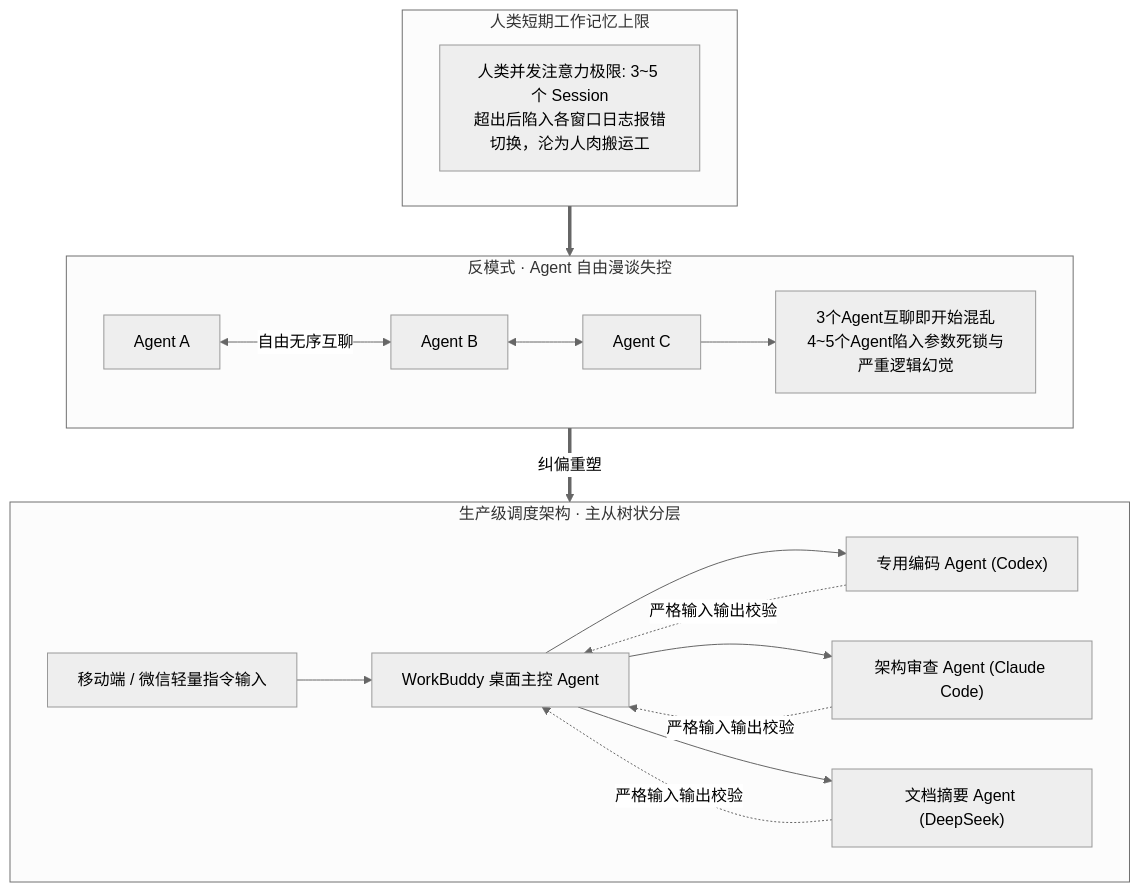
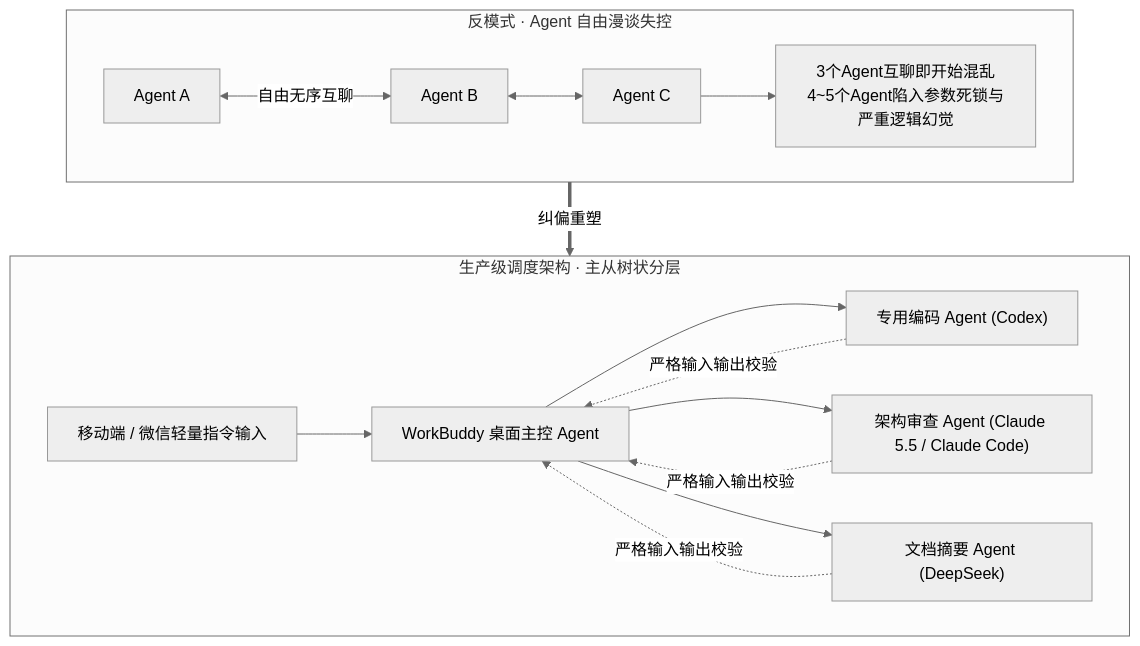
Before and after one commit to dollarser/knowledge: diagram 12 of 16 in content/live-20261102-01.md, drawn with Mermaid (neutral theme). The commit also changed other lines of this file and 1 other file, not shown here.

Commit message:
feat(qizhi): deep full-text distillation for 2026-11-02 session 92 (11.4h)

````diff
--- a/content/live-20261102-01.md
+++ b/content/live-20261102-01.md
@@ -233,23 +405,18 @@
 ```mermaid
 flowchart TD
-    subgraph Bottleneck["人类短期工作记忆上限"]
-        B["人类并发注意力极限: 3~5 个 Session<br/>超出后陷入各窗口日志报错切换，沦为人肉搬运工"]
-    end
-
     subgraph AntiPattern["反模式 · Agent 自由漫谈失控"]
         P1["Agent A"] <-->|自由无序互聊| P2["Agent B"]
         P2 <--> P3["Agent C"]
         P3 --> Collapse["3个Agent互聊即开始混乱<br/>4~5个Agent陷入参数死锁与严重逻辑幻觉"]
     end
 
     subgraph MasterWorker["生产级调度架构 · 主从树状分层"]
         UI["移动端 / 微信轻量指令输入"] --> Boss["WorkBuddy 桌面主控 Agent"]
         Boss --> Sub1["专用编码 Agent (Codex)"]
-        Boss --> Sub2["架构审查 Agent (Claude Code)"]
+        Boss --> Sub2["架构审查 Agent (Claude 5.5 / Claude Code)"]
         Boss --> Sub3["文档摘要 Agent (DeepSeek)"]
         Sub1 & Sub2 & Sub3 -.->|严格输入输出校验| Boss
     end
 
-    Bottleneck ==> AntiPattern
     AntiPattern ==>|纠偏重塑| MasterWorker
 ```
````
